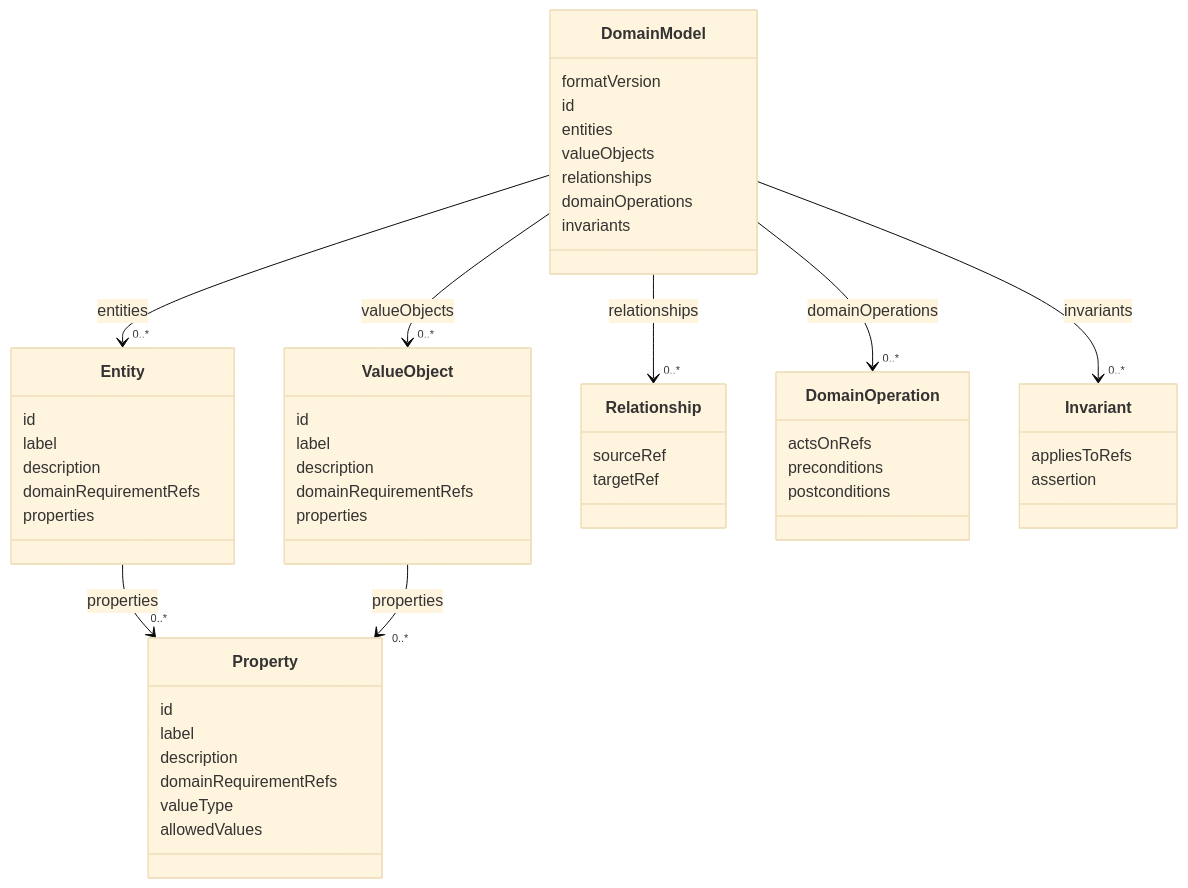
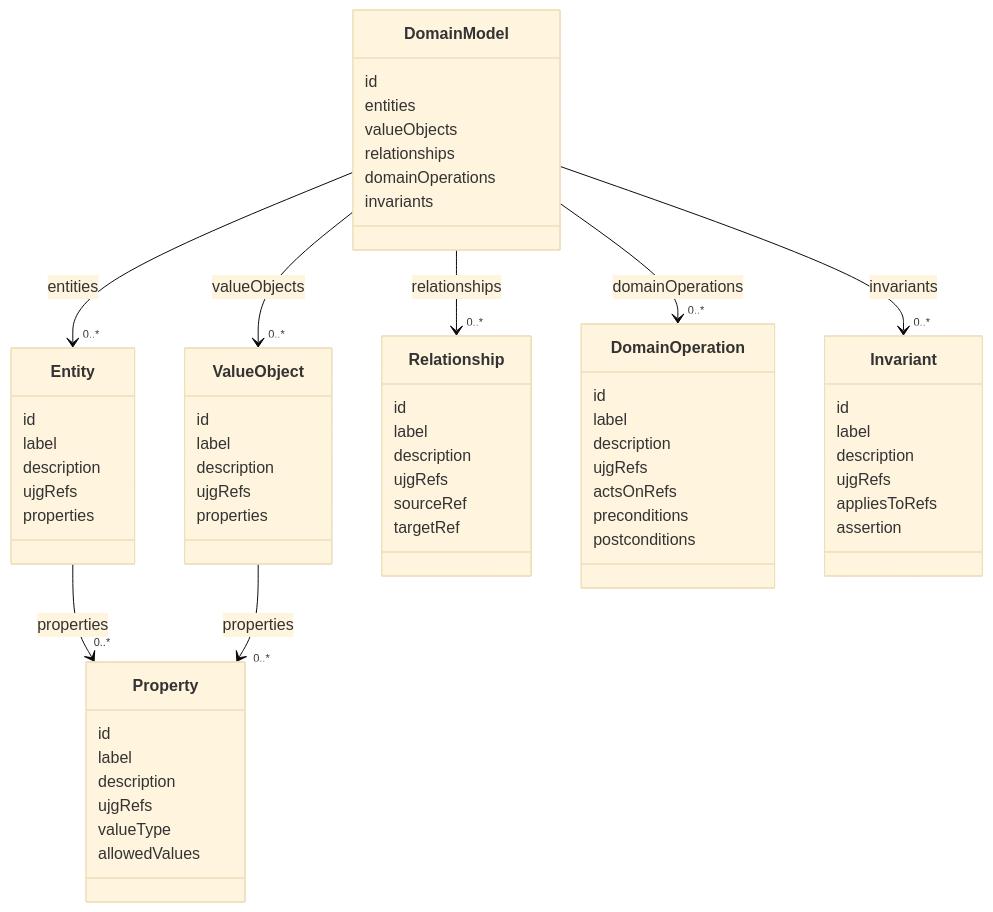
Before and after one commit to openuji/spec-ujg: the diagram in specs/ed/extensions/domain-model/index.md, drawn with Mermaid (base theme). The commit also changed other lines of this file and 64 other files, not shown here.

````diff
--- a/specs/ed/extensions/domain-model/index.md
+++ b/specs/ed/extensions/domain-model/index.md
@@ -86,54 +145,65 @@
 ```mermaid
 classDiagram
   class DomainModel {
-    formatVersion
     id
     entities
     valueObjects
     relationships
     domainOperations
     invariants
   }
   class Entity {
     id
     label
     description
-    domainRequirementRefs
+    ujgRefs
     properties
   }
   class ValueObject {
     id
     label
     description
-    domainRequirementRefs
+    ujgRefs
     properties
   }
   class Property {
     id
     label
     description
-    domainRequirementRefs
+    ujgRefs
     valueType
     allowedValues
   }
   class Relationship {
+    id
+    label
+    description
+    ujgRefs
     sourceRef
     targetRef
   }
   class DomainOperation {
+    id
+    label
+    description
+    ujgRefs
     actsOnRefs
     preconditions
     postconditions
   }
   class Invariant {
+    id
+    label
+    description
+    ujgRefs
     appliesToRefs
     assertion
   }
   DomainModel --> "0..*" Entity : entities
   DomainModel --> "0..*" ValueObject : valueObjects
   DomainModel --> "0..*" Relationship : relationships
   DomainModel --> "0..*" DomainOperation : domainOperations
   DomainModel --> "0..*" Invariant : invariants
   Entity --> "0..*" Property : properties
   ValueObject --> "0..*" Property : properties
 ```
````
